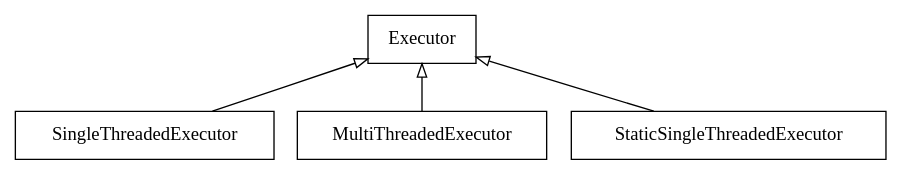
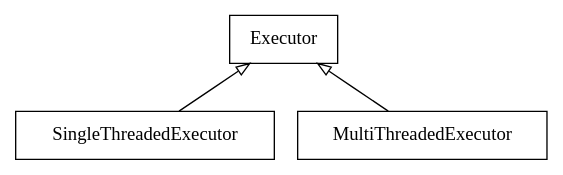
Before and after one commit to callmej0/ros2_documentation: the diagram in source/Concepts/Intermediate/About-Executors.rst, drawn with Graphviz. The commit also changed other lines of this file, not shown here.

Commit message:
Removed deprecated StaticSingleThreadedExecutor (#5562)

```diff
--- a/source/Concepts/Intermediate/About-Executors.rst
+++ b/source/Concepts/Intermediate/About-Executors.rst
@@ -69,13 +69,11 @@
 .. graphviz::
 
    digraph Flatland {
 
       Executor -> SingleThreadedExecutor [dir = back, arrowtail = empty];
       Executor -> MultiThreadedExecutor [dir = back, arrowtail = empty];
-      Executor -> StaticSingleThreadedExecutor [dir = back, arrowtail = empty];
       Executor  [shape=polygon,sides=4];
       SingleThreadedExecutor  [shape=polygon,sides=4];
       MultiThreadedExecutor  [shape=polygon,sides=4];
-      StaticSingleThreadedExecutor  [shape=polygon,sides=4];
 
       }
```
